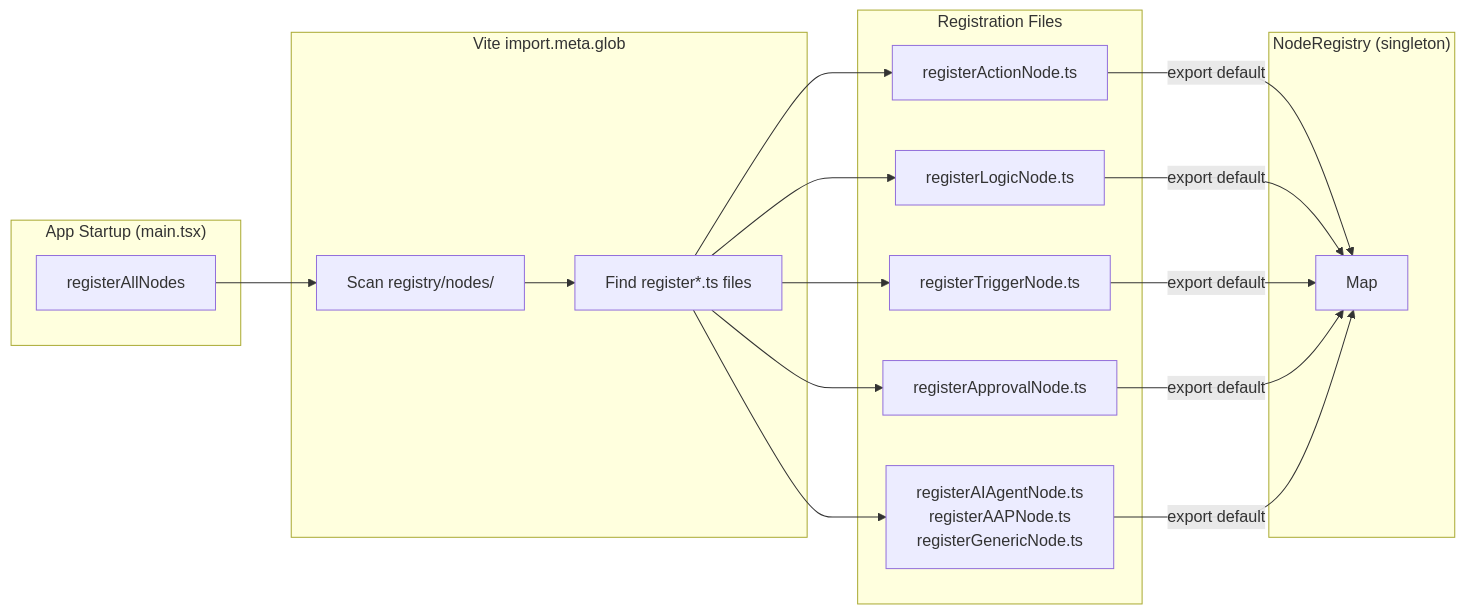
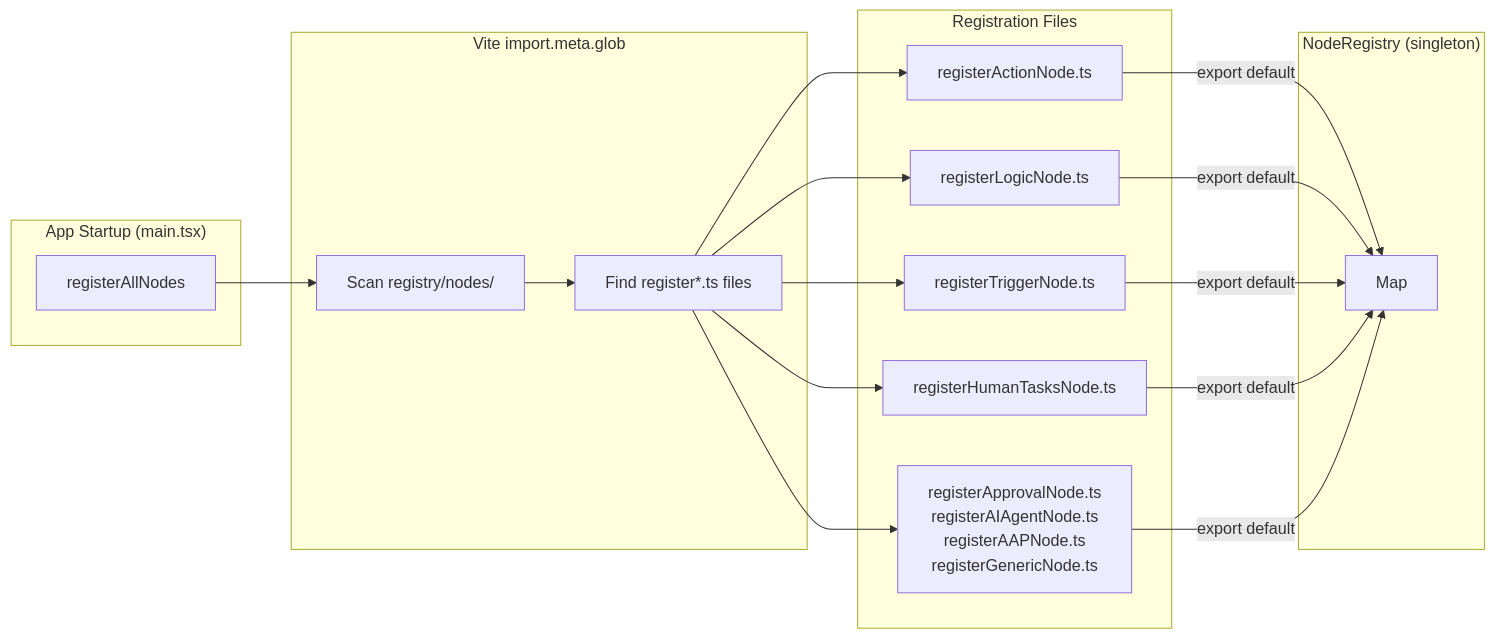
One commit to syntara-orchestration/syntara changed the fifth of 19 diagrams in frontend/docs/architecture.md. Above: the diagram before and after it, drawn with Mermaid. The commit also changed other lines of this file and 5 other files, not shown here.

Commit message:
fix(AAP-91903): address human tasks PR review feedback

````diff
--- a/frontend/docs/architecture.md
+++ b/frontend/docs/architecture.md
@@ -299,28 +299,28 @@
 ```mermaid
 flowchart LR
   subgraph Startup["App Startup (main.tsx)"]
     A[registerAllNodes]
   end
 
   subgraph Vite["Vite import.meta.glob"]
     B["Scan registry/nodes/"]
     C["Find register*.ts files"]
   end
 
   subgraph Files["Registration Files"]
     D[registerActionNode.ts]
     E[registerLogicNode.ts]
     F[registerTriggerNode.ts]
-    G[registerApprovalNode.ts]
-    H["registerAIAgentNode.ts<br/>registerAAPNode.ts<br/>registerGenericNode.ts"]
+    G[registerHumanTasksNode.ts]
+    H["registerApprovalNode.ts<br/>registerAIAgentNode.ts<br/>registerAAPNode.ts<br/>registerGenericNode.ts"]
   end
 
   subgraph Registry["NodeRegistry (singleton)"]
     I["Map<id, NodeDefinition>"]
   end
 
   A --> B
   B --> C
   C --> D & E & F & G & H
   D & E & F & G & H -->|"export default"| I
 ```
````
